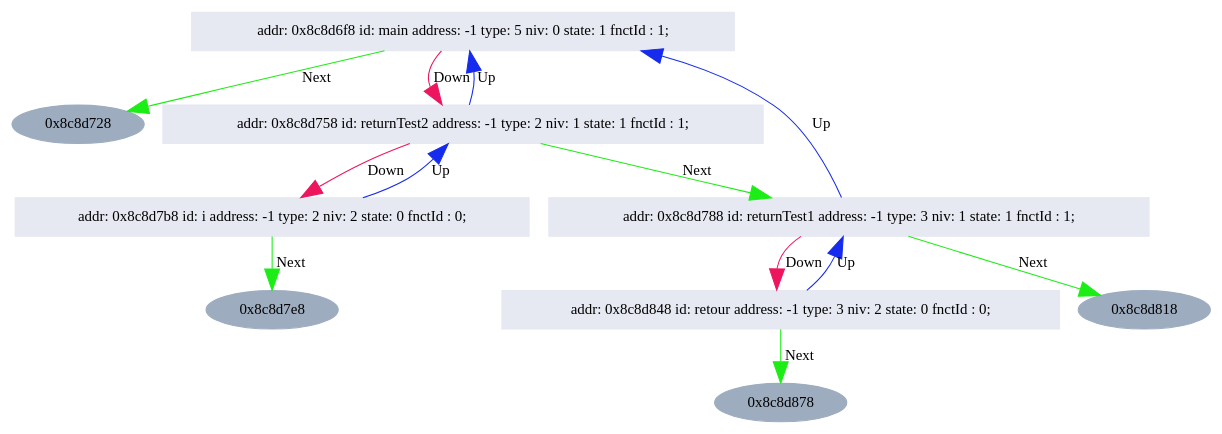
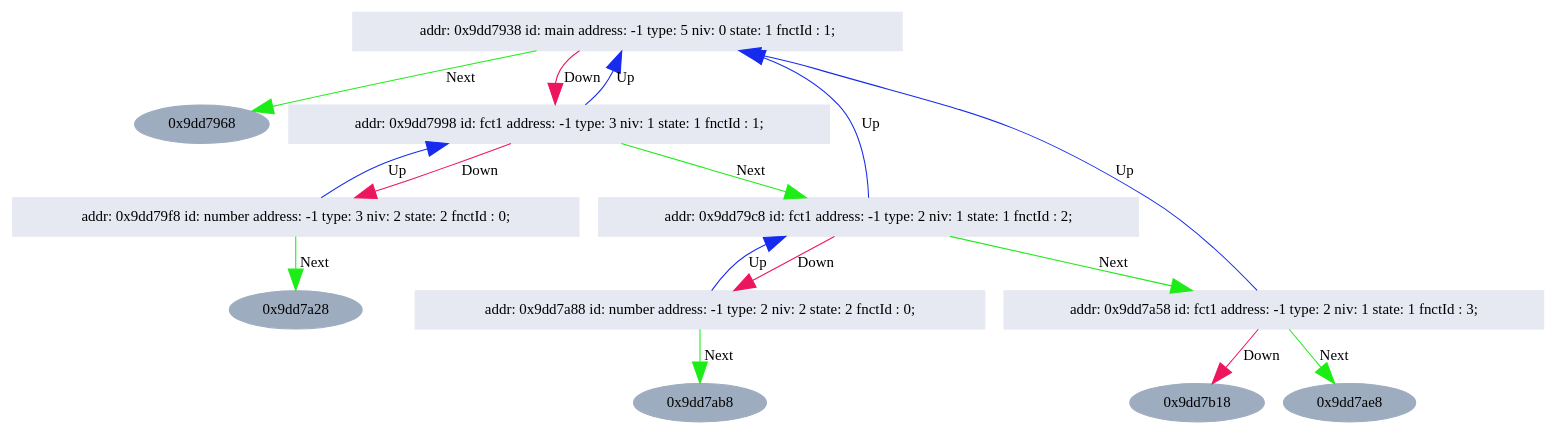
The diagram in lsd12/code/TabSymGraph.dot (w0lf3011/13-lsd12), drawn with Graphviz before and after one commit. The commit also changed 11 other files, not shown here.

```diff
--- a/lsd12/code/TabSymGraph.dot
+++ b/lsd12/code/TabSymGraph.dot
@@ -1,32 +1,36 @@
 //dot -Tjpg -oArbreGraph.jpg ArbreGraph.dot
 digraph LSD12{
 	bgcolor=white
 	node [color="#9DACBF", fontcolor="#000000", style=filled];
 	edge [arrowsize=2, color="#000000"];
 
 // A remplacer avec ce qu'il y a entre ";*** BEGIN printTreeGraphViz(..) +locations ***" et ";*** END printTreeGraphViz(..) +locations ***"
 
-"0x8c8d6f8";
-"0x8c8d6f8"[shape=box, color="#e6e8f2", fontcolor="#000000",label="addr: 0x8c8d6f8 id: main address: -1 type: 5 niv: 0 state: 1 fnctId : 1;"];
-"0x8c8d6f8" -> "0x8c8d728" [color="#1DED16", label="Next"];
-"0x8c8d6f8" -> "0x8c8d758"[color="#ED165E", label="Down"];
-"0x8c8d758";
-"0x8c8d758"[shape=box, color="#e6e8f2", fontcolor="#000000",label="addr: 0x8c8d758 id: returnTest2 address: -1 type: 2 niv: 1 state: 1 fnctId : 1;"];
-"0x8c8d758" -> "0x8c8d788" [color="#1DED16", label="Next"];
-"0x8c8d758" -> "0x8c8d7b8"[color="#ED165E", label="Down"];
-"0x8c8d758" -> "0x8c8d6f8"[color="#162BED", label="Up"];
-"0x8c8d7b8";
-"0x8c8d7b8"[shape=box, color="#e6e8f2", fontcolor="#000000",label="addr: 0x8c8d7b8 id: i address: -1 type: 2 niv: 2 state: 0 fnctId : 0;"];
-"0x8c8d7b8" -> "0x8c8d7e8" [color="#1DED16", label="Next"];
-"0x8c8d7b8" -> "0x8c8d758"[color="#162BED", label="Up"];
-"0x8c8d788";
-"0x8c8d788"[shape=box, color="#e6e8f2", fontcolor="#000000",label="addr: 0x8c8d788 id: returnTest1 address: -1 type: 3 niv: 1 state: 1 fnctId : 1;"];
-"0x8c8d788" -> "0x8c8d818" [color="#1DED16", label="Next"];
-"0x8c8d788" -> "0x8c8d848"[color="#ED165E", label="Down"];
-"0x8c8d788" -> "0x8c8d6f8"[color="#162BED", label="Up"];
-"0x8c8d848";
-"0x8c8d848"[shape=box, color="#e6e8f2", fontcolor="#000000",label="addr: 0x8c8d848 id: retour address: -1 type: 3 niv: 2 state: 0 fnctId : 0;"];
-"0x8c8d848" -> "0x8c8d878" [color="#1DED16", label="Next"];
-"0x8c8d848" -> "0x8c8d788"[color="#162BED", label="Up"];
-
+"0x9dd7938";
+"0x9dd7938"[shape=box, color="#e6e8f2", fontcolor="#000000",label="addr: 0x9dd7938 id: main address: -1 type: 5 niv: 0 state: 1 fnctId : 1;"];
+"0x9dd7938" -> "0x9dd7968" [color="#1DED16", label="Next"];
+"0x9dd7938" -> "0x9dd7998"[color="#ED165E", label="Down"];
+"0x9dd7998";
+"0x9dd7998"[shape=box, color="#e6e8f2", fontcolor="#000000",label="addr: 0x9dd7998 id: fct1 address: -1 type: 3 niv: 1 state: 1 fnctId : 1;"];
+"0x9dd7998" -> "0x9dd79c8" [color="#1DED16", label="Next"];
+"0x9dd7998" -> "0x9dd79f8"[color="#ED165E", label="Down"];
+"0x9dd7998" -> "0x9dd7938"[color="#162BED", label="Up"];
+"0x9dd79f8";
+"0x9dd79f8"[shape=box, color="#e6e8f2", fontcolor="#000000",label="addr: 0x9dd79f8 id: number address: -1 type: 3 niv: 2 state: 2 fnctId : 0;"];
+"0x9dd79f8" -> "0x9dd7a28" [color="#1DED16", label="Next"];
+"0x9dd79f8" -> "0x9dd7998"[color="#162BED", label="Up"];
+"0x9dd79c8";
+"0x9dd79c8"[shape=box, color="#e6e8f2", fontcolor="#000000",label="addr: 0x9dd79c8 id: fct1 address: -1 type: 2 niv: 1 state: 1 fnctId : 2;"];
+"0x9dd79c8" -> "0x9dd7a58" [color="#1DED16", label="Next"];
+"0x9dd79c8" -> "0x9dd7a88"[color="#ED165E", label="Down"];
+"0x9dd79c8" -> "0x9dd7938"[color="#162BED", label="Up"];
+"0x9dd7a88";
+"0x9dd7a88"[shape=box, color="#e6e8f2", fontcolor="#000000",label="addr: 0x9dd7a88 id: number address: -1 type: 2 niv: 2 state: 2 fnctId : 0;"];
+"0x9dd7a88" -> "0x9dd7ab8" [color="#1DED16", label="Next"];
+"0x9dd7a88" -> "0x9dd79c8"[color="#162BED", label="Up"];
+"0x9dd7a58";
+"0x9dd7a58"[shape=box, color="#e6e8f2", fontcolor="#000000",label="addr: 0x9dd7a58 id: fct1 address: -1 type: 2 niv: 1 state: 1 fnctId : 3;"];
+"0x9dd7a58" -> "0x9dd7ae8" [color="#1DED16", label="Next"];
+"0x9dd7a58" -> "0x9dd7b18"[color="#ED165E", label="Down"];
+"0x9dd7a58" -> "0x9dd7938"[color="#162BED", label="Up"];
 }
```
